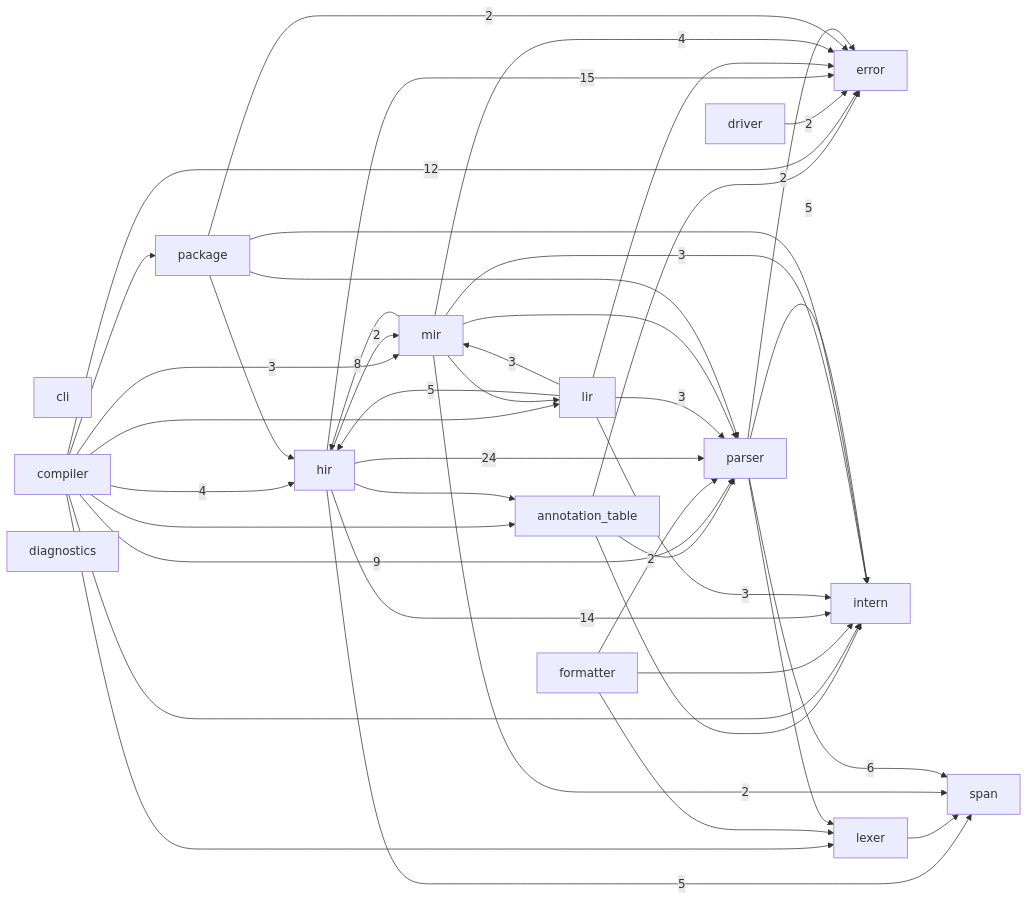
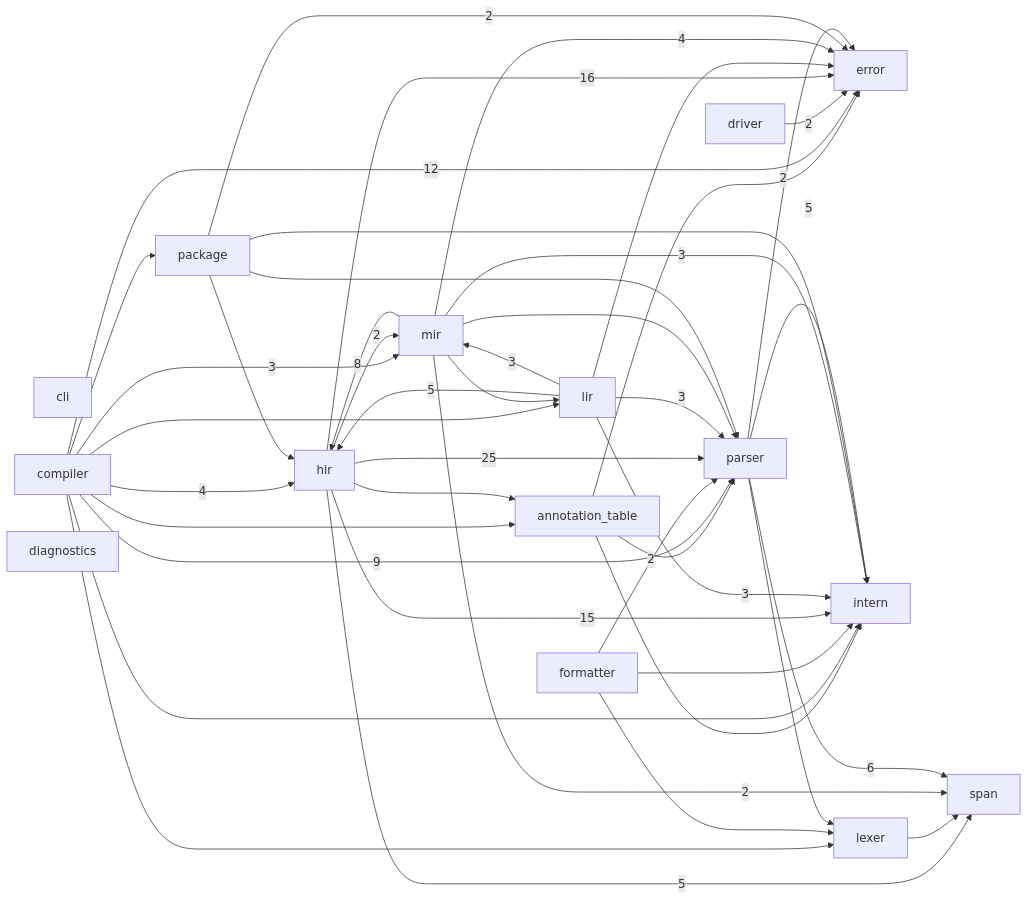
The diagram in docs/module-graph.md (ayanami1ei/Ayanami-language), drawn with Mermaid before and after one commit. The commit also changed other lines of this file and 6 other files, not shown here.

````diff
--- a/docs/module-graph.md
+++ b/docs/module-graph.md
@@ -6,60 +6,60 @@
 ```mermaid
 graph LR
     annotation_table
     cli
     compiler
     diagnostics
     driver
     error
     formatter
     hir
     intern
     lexer
     lir
     mir
     package
     parser
     span
     annotation_table --> error
     annotation_table --> intern
     annotation_table --> parser
     compiler --> annotation_table
     compiler -->|12| error
     compiler -->|4| hir
     compiler --> intern
     compiler --> lexer
     compiler --> lir
     compiler -->|3| mir
     compiler --> package
     compiler -->|9| parser
     driver -->|2| error
     formatter --> intern
     formatter --> lexer
     formatter -->|2| parser
     hir --> annotation_table
-    hir -->|15| error
-    hir -->|14| intern
+    hir -->|16| error
+    hir -->|15| intern
     hir -->|2| mir
-    hir -->|24| parser
+    hir -->|25| parser
     hir -->|5| span
     lexer --> span
     lir --> error
     lir -->|5| hir
     lir -->|3| intern
     lir -->|3| mir
     lir -->|3| parser
     mir -->|4| error
     mir -->|8| hir
     mir -->|3| intern
     mir --> lir
     mir --> parser
     mir -->|2| span
     package -->|2| error
     package --> hir
     package --> intern
     package --> parser
     parser -->|2| error
     parser -->|5| intern
     parser --> lexer
     parser -->|6| span
 ```
````
